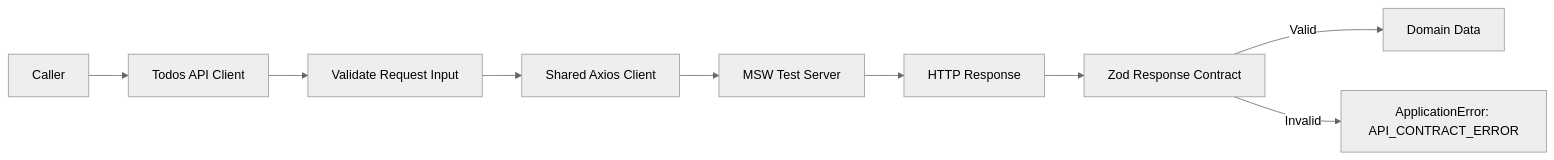
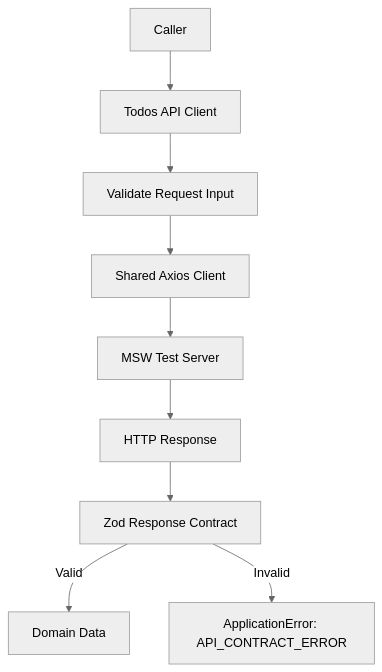
Before and after one commit to thehermitdev/tanstack-router-boilerplate: the first of 5 diagrams in docs/details/todos/api-client-test.md, drawn with Mermaid (neutral theme).

Commit message:
docs(todos): Change mermaid direction

````diff
--- a/docs/details/todos/api-client-test.md
+++ b/docs/details/todos/api-client-test.md
@@ -24,11 +24,11 @@
 ```mermaid
-flowchart LR
+flowchart TD
     A[Caller] --> B[Todos API Client]
     B --> C[Validate Request Input]
     C --> D[Shared Axios Client]
     D --> E[MSW Test Server]
     E --> F[HTTP Response]
     F --> G[Zod Response Contract]
     G -->|Valid| H[Domain Data]
     G -->|Invalid| I[ApplicationError: API_CONTRACT_ERROR]
 ```
````
